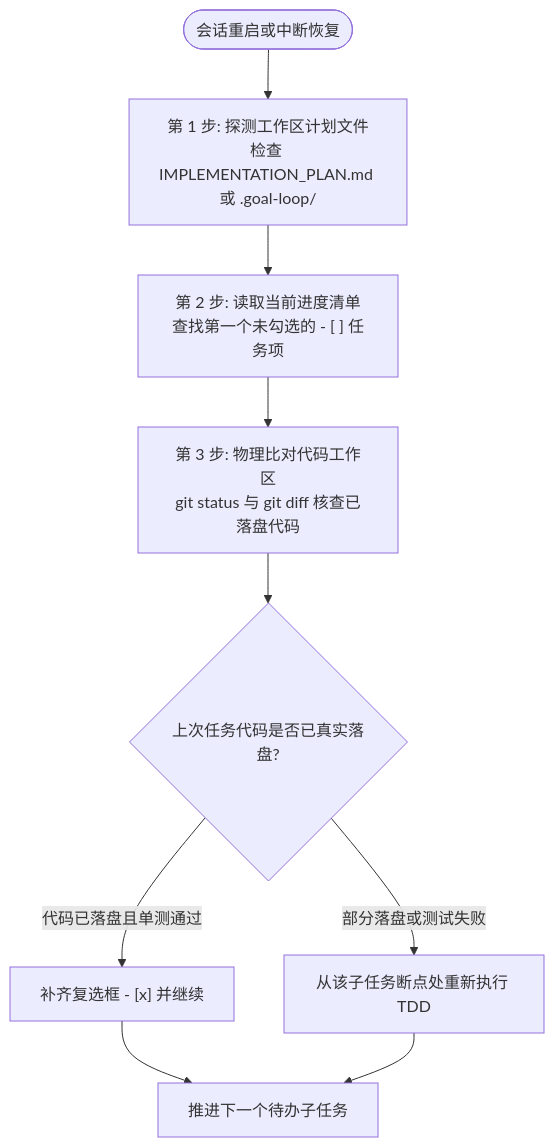
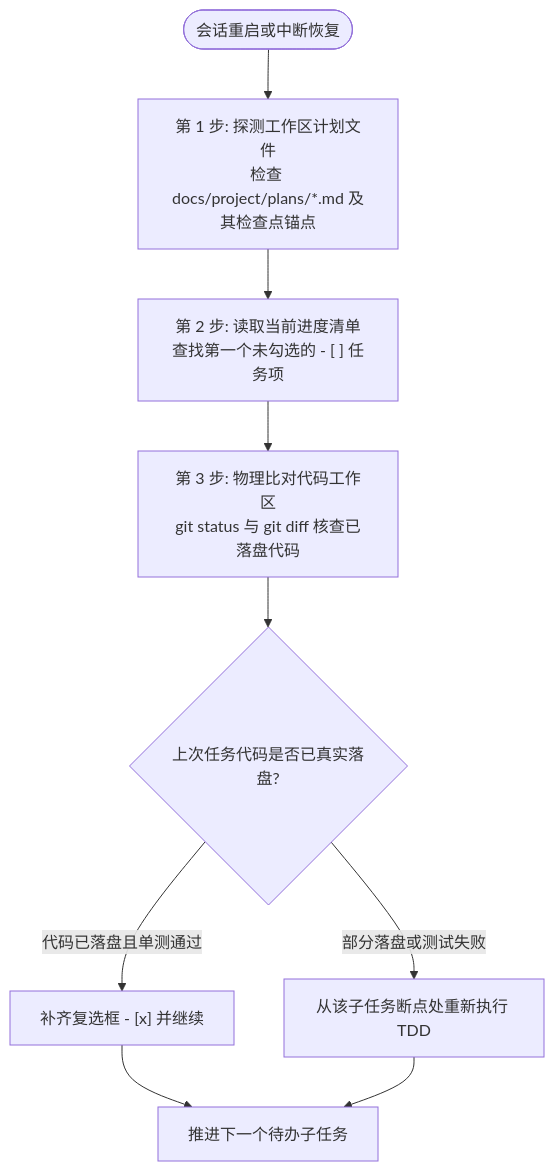
One commit to CodingRookie98/cr-agent-arsenal changed the diagram in skills/goal-loop/references/context-engineering.md. Above: the diagram before and after it, drawn with Mermaid. The commit also changed other lines of this file and 6 other files, not shown here.

````diff
--- a/skills/goal-loop/references/context-engineering.md
+++ b/skills/goal-loop/references/context-engineering.md
@@ -55,11 +55,11 @@
 ```mermaid
 graph TD
-    Resume(["会话重启或中断恢复"]) --> Step1["第 1 步: 探测工作区计划文件<br/>检查 IMPLEMENTATION_PLAN.md 或 .goal-loop/"]
+    Resume(["会话重启或中断恢复"]) --> Step1["第 1 步: 探测工作区计划文件<br/>检查 docs/project/plans/*.md 及其检查点锚点"]
     Step1 --> Step2["第 2 步: 读取当前进度清单<br/>查找第一个未勾选的 - [ ] 任务项"]
     Step2 --> Step3["第 3 步: 物理比对代码工作区<br/>git status 与 git diff 核查已落盘代码"]
     Step3 --> Step4{"上次任务代码是否已真实落盘?"}
     Step4 -->|"代码已落盘且单测通过"| MarkDone["补齐复选框 - [x] 并继续"]
     Step4 -->|"部分落盘或测试失败"| ResumeTask["从该子任务断点处重新执行 TDD"]
     MarkDone --> Next["推进下一个待办子任务"]
     ResumeTask --> Next
 ```
````
